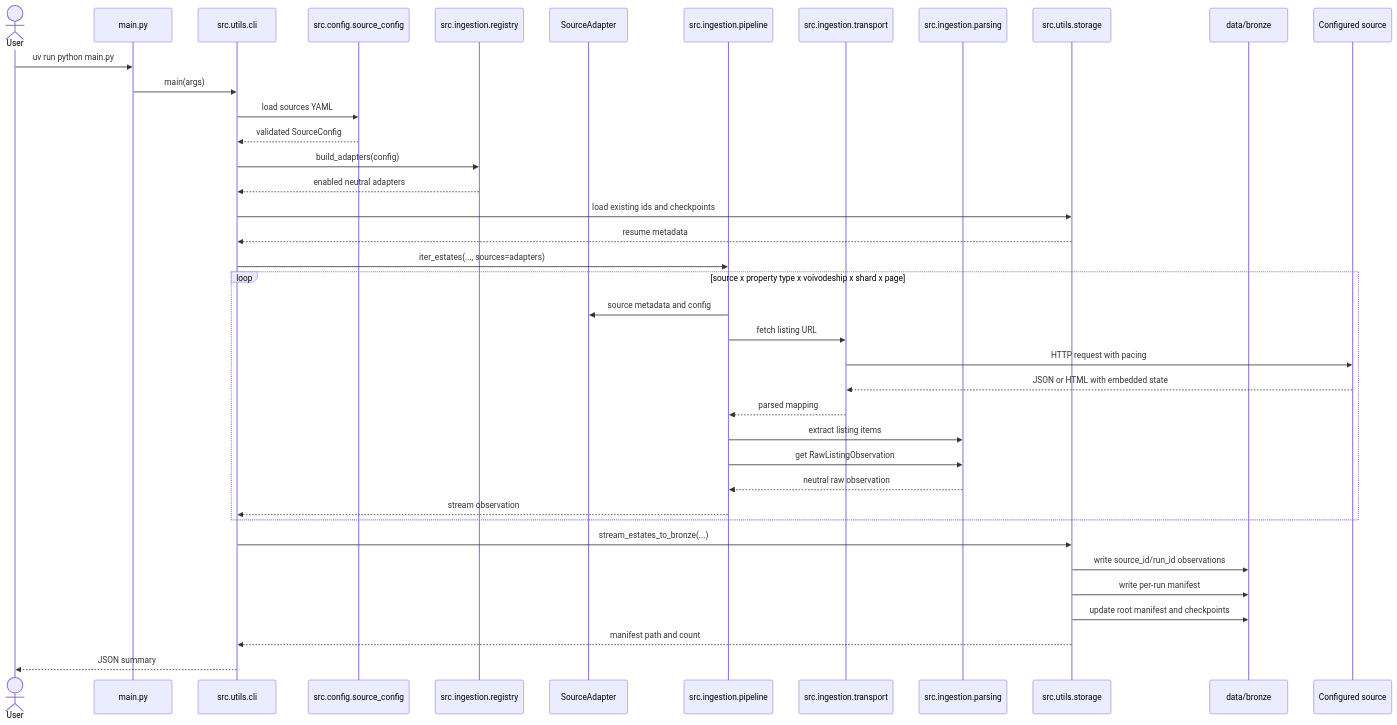
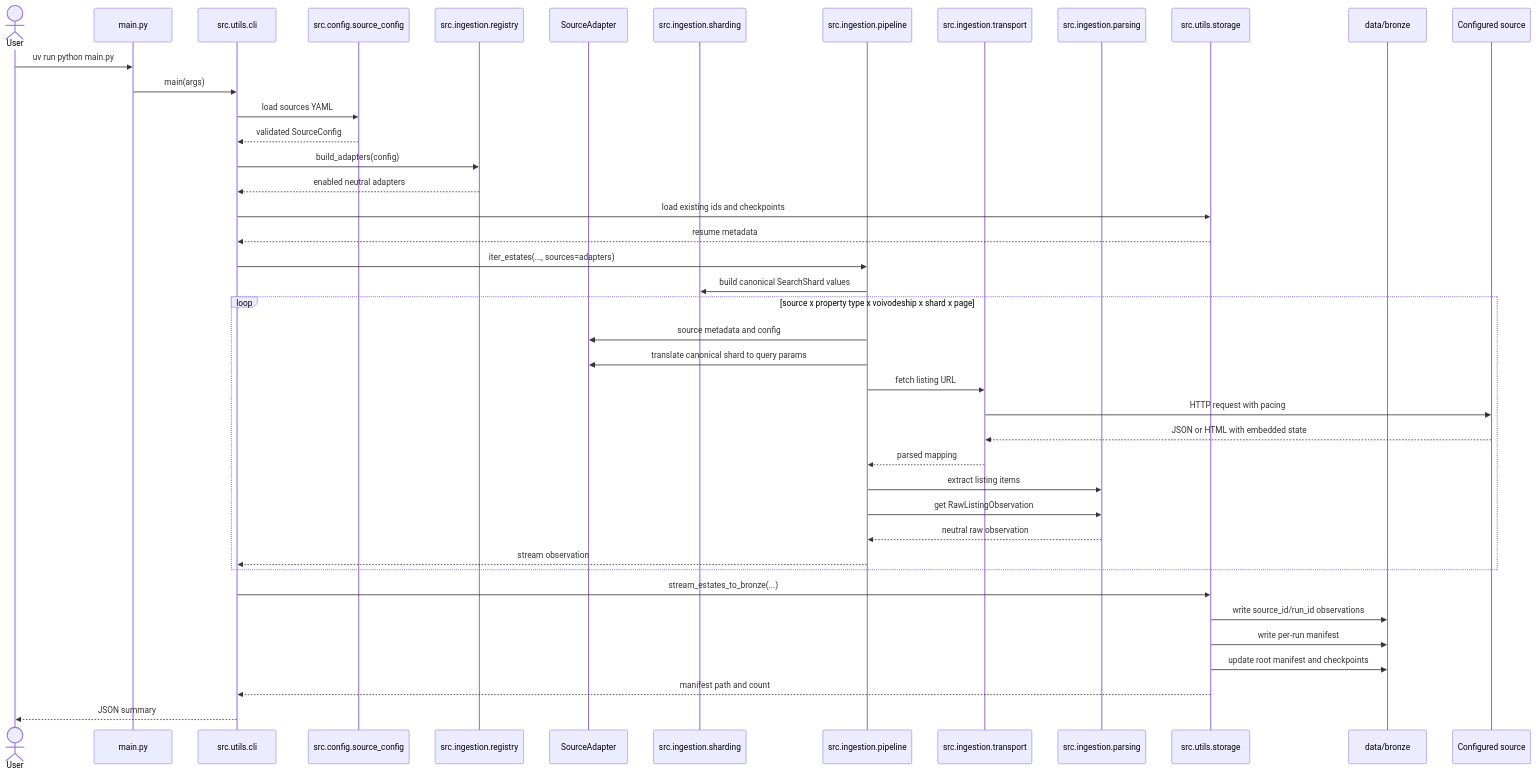
The diagram in docs/ingestion-sequence.md (bi3lu/polish-real-estate-price-aggregates), drawn with Mermaid before and after one commit. The commit also changed other lines of this file and 27 other files, not shown here.

First line of the commit message:
Refactor/old architecture (#18) (#19)

````diff
--- a/docs/ingestion-sequence.md
+++ b/docs/ingestion-sequence.md
@@ -3,44 +3,47 @@
 ```mermaid
 sequenceDiagram
     actor User
     participant Main as main.py
     participant CLI as src.utils.cli
     participant Config as src.config.source_config
     participant Registry as src.ingestion.registry
     participant Adapter as SourceAdapter
+    participant Sharding as src.ingestion.sharding
     participant Pipeline as src.ingestion.pipeline
     participant Transport as src.ingestion.transport
     participant Parsing as src.ingestion.parsing
     participant Storage as src.utils.storage
     participant Bronze as data/bronze
     participant Source as Configured source
 
     User->>Main: uv run python main.py
     Main->>CLI: main(args)
     CLI->>Config: load sources YAML
     Config-->>CLI: validated SourceConfig
     CLI->>Registry: build_adapters(config)
     Registry-->>CLI: enabled neutral adapters
     CLI->>Storage: load existing ids and checkpoints
     Storage-->>CLI: resume metadata
     CLI->>Pipeline: iter_estates(..., sources=adapters)
+    Pipeline->>Sharding: build canonical SearchShard values
 
     loop source x property type x voivodeship x shard x page
         Pipeline->>Adapter: source metadata and config
+        Pipeline->>Adapter: translate canonical shard to query params
         Pipeline->>Transport: fetch listing URL
         Transport->>Source: HTTP request with pacing
         Source-->>Transport: JSON or HTML with embedded state
         Transport-->>Pipeline: parsed mapping
         Pipeline->>Parsing: extract listing items
         Pipeline->>Parsing: get RawListingObservation
         Parsing-->>Pipeline: neutral raw observation
         Pipeline-->>CLI: stream observation
     end
 
     CLI->>Storage: stream_estates_to_bronze(...)
     Storage->>Bronze: write source_id/run_id observations
     Storage->>Bronze: write per-run manifest
     Storage->>Bronze: update root manifest and checkpoints
     Storage-->>CLI: manifest path and count
     CLI-->>User: JSON summary
 ```
````
